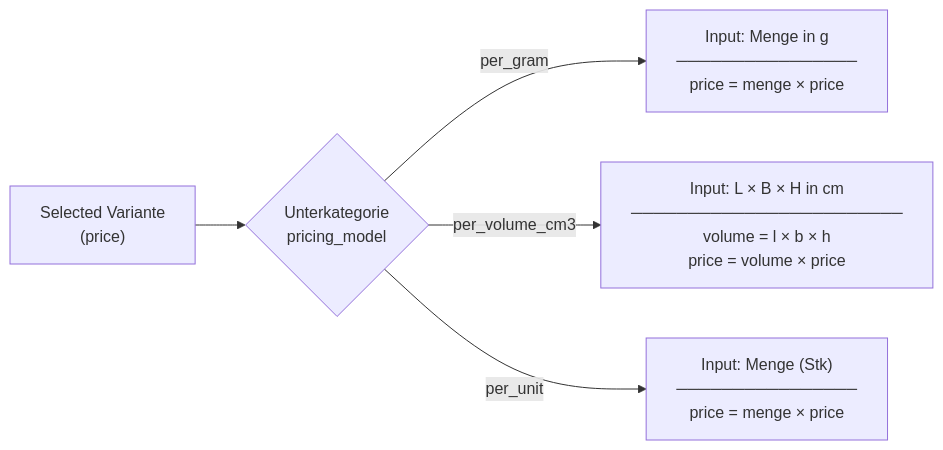
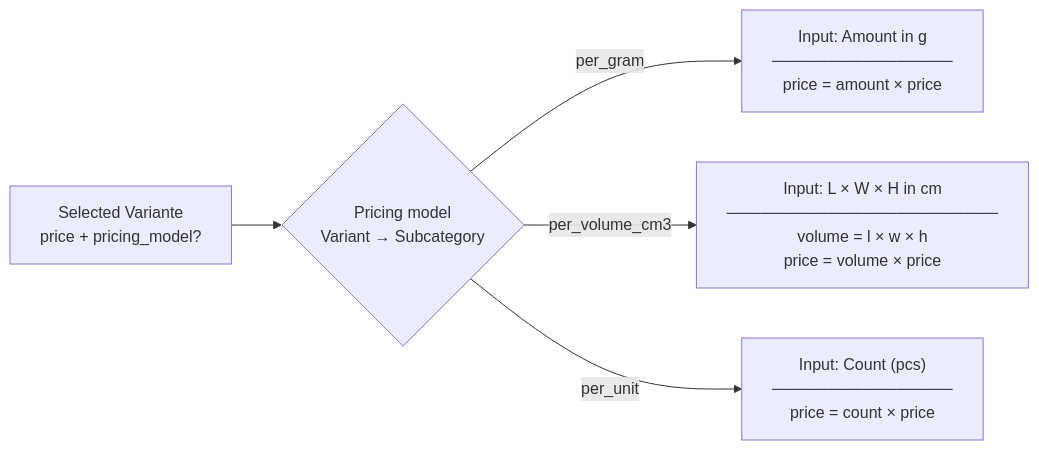
One commit to AlexErlewein/MakerPi_GroundControl changed the second of 3 diagrams in docs/04-material-katalog.en.md. Above: the diagram before and after it, drawn with Mermaid. The commit also changed other lines of this file and 8 other files, not shown here.

````diff
--- a/docs/04-material-katalog.en.md
+++ b/docs/04-material-katalog.en.md
@@ -79,8 +83,8 @@
 ```mermaid
 flowchart LR
-    VAR["Selected Variante\n(price)"] --> PM{"Unterkategorie\npricing_model"}
+    VAR["Selected Variante\nprice + pricing_model?"] --> PM{"Pricing model\nVariant → Subcategory"}
 
-    PM -->|"per_gram"| PG["Input: Menge in g\n────────────────\nprice = menge × price"]
-    PM -->|"per_volume_cm3"| PV["Input: L × B × H in cm\n────────────────────────\nvolume = l × b × h\nprice = volume × price"]
-    PM -->|"per_unit"| PU["Input: Menge (Stk)\n────────────────\nprice = menge × price"]
+    PM -->|"per_gram"| PG["Input: Amount in g\n────────────────\nprice = amount × price"]
+    PM -->|"per_volume_cm3"| PV["Input: L × W × H in cm\n────────────────────────\nvolume = l × w × h\nprice = volume × price"]
+    PM -->|"per_unit"| PU["Input: Count (pcs)\n────────────────\nprice = count × price"]
 ```
````
